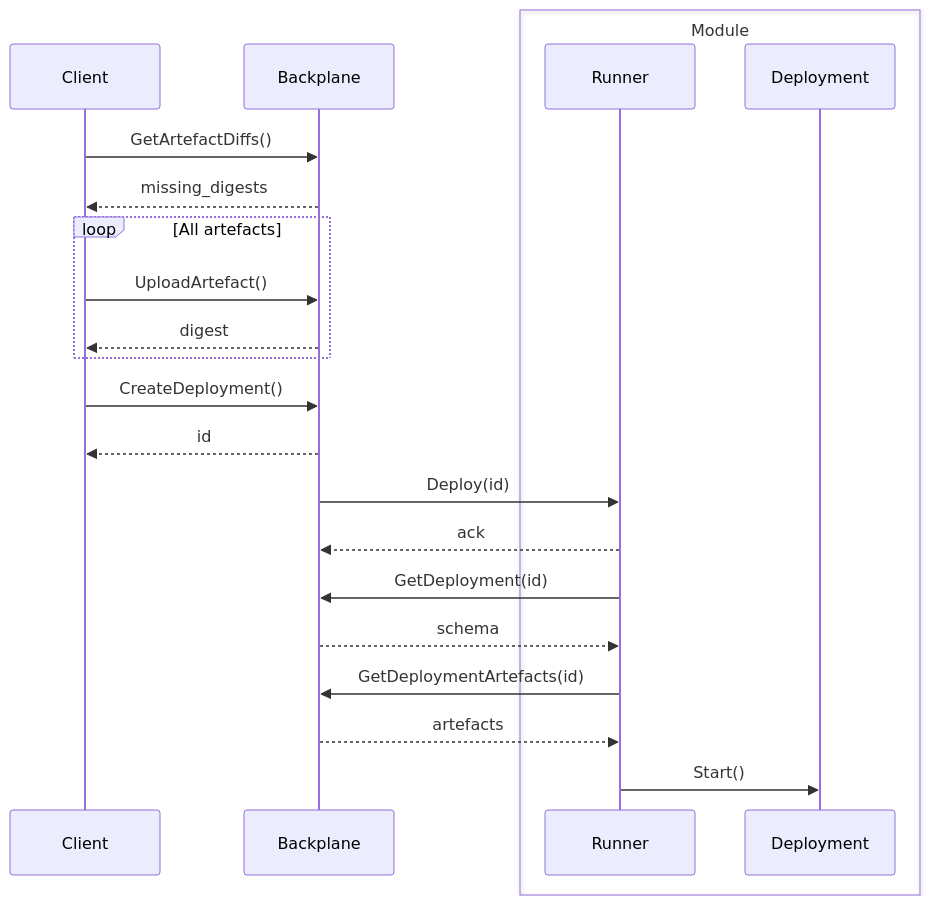
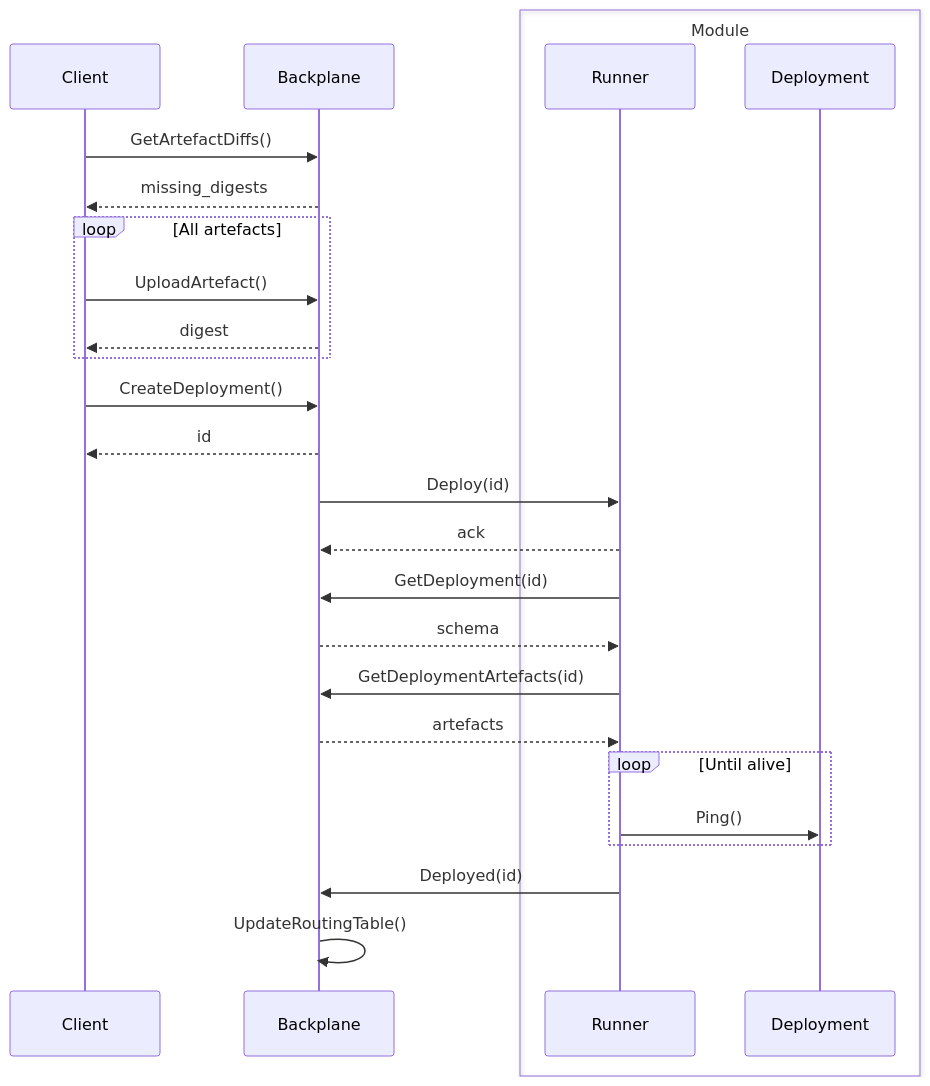
One commit to TBD54566975/ftl changed the second of 3 diagrams in ARCHITECTURE.md. Above: the diagram before and after it, drawn with Mermaid. The commit also changed other lines of this file and 27 other files, not shown here.

````diff
--- a/ARCHITECTURE.md
+++ b/ARCHITECTURE.md
@@ -27,25 +27,29 @@
 ```mermaid
 sequenceDiagram
   participant C as Client
   participant B as Backplane
   box Module
     participant R as Runner
-    participant M as Deployment
+    participant D as Deployment
   end
 
   C ->> B: GetArtefactDiffs()
   B -->> C: missing_digests
   loop All artefacts
     C ->> B: UploadArtefact()
     B -->> C: digest
   end
   C ->> B: CreateDeployment()
   B -->> C: id
   B ->> R: Deploy(id)
   R -->> B: ack
   R ->> B: GetDeployment(id)
   B -->> R: schema
   R ->> B: GetDeploymentArtefacts(id)
   B -->> R: artefacts
-  R ->> M: Start()
+  loop Until alive
+    R ->> D: Ping()
+  end
+  R ->> B: Deployed(id)
+  B ->> B: UpdateRoutingTable()
 ```
````
